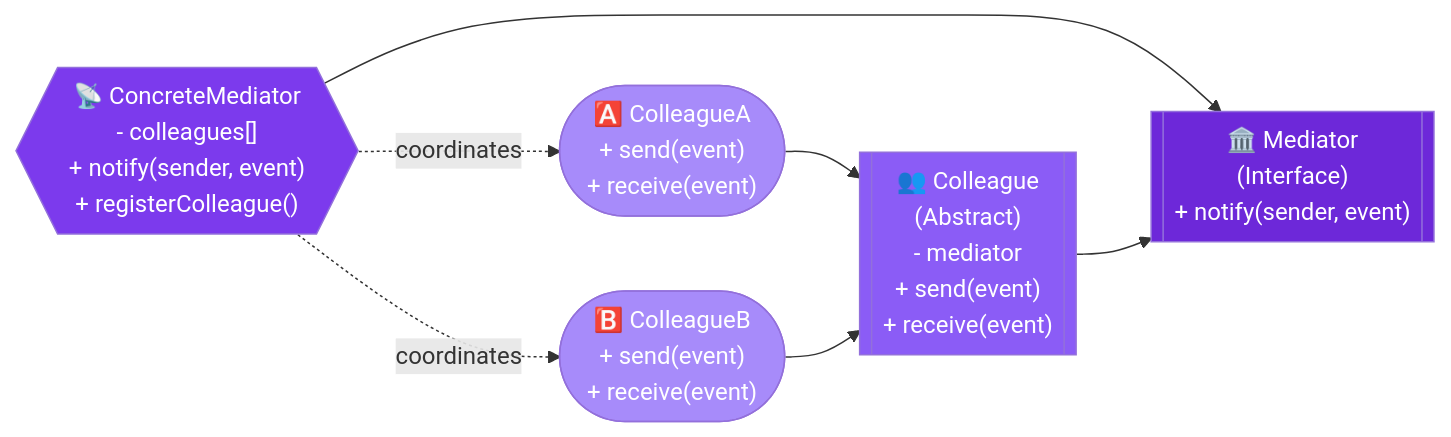
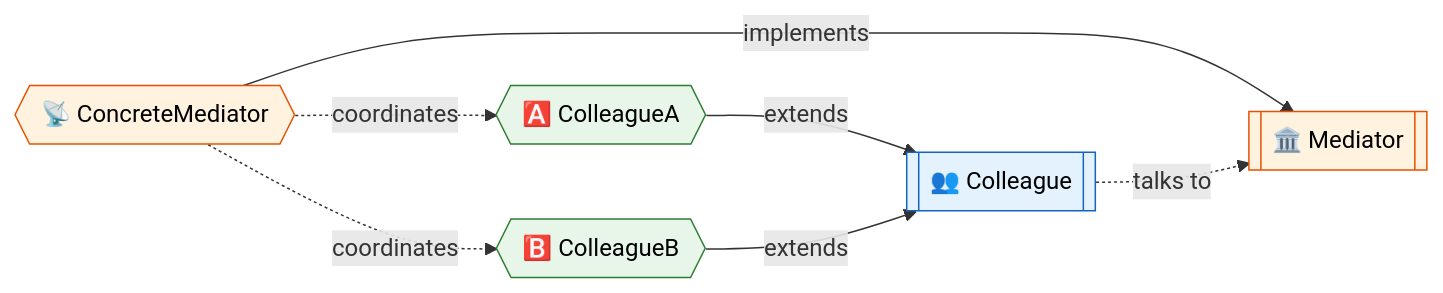
One commit to saivamsikaruturi/vamsilabs-dev-notes-main changed the second of 3 diagrams in docs/designpatterns/behaviouralDesignPatterns/MediatorDp.md. Above: the diagram before and after it, drawn with Mermaid. The commit also changed other lines of this file and 42 other files, not shown here.

````diff
--- a/docs/designpatterns/behaviouralDesignPatterns/MediatorDp.md
+++ b/docs/designpatterns/behaviouralDesignPatterns/MediatorDp.md
@@ -33,21 +30,21 @@
 ```mermaid
 flowchart LR
-    Mediator[["🏛️ Mediator\n(Interface)\n+ notify(sender, event)"]]
-    ConcreteMediator{{"📡 ConcreteMediator\n- colleagues[]\n+ notify(sender, event)\n+ registerColleague()"}}
-    Colleague[["👥 Colleague\n(Abstract)\n- mediator\n+ send(event)\n+ receive(event)"]]
-    ColleagueA(["🅰️ ColleagueA\n+ send(event)\n+ receive(event)"])
-    ColleagueB(["🅱️ ColleagueB\n+ send(event)\n+ receive(event)"])
+    Mediator[["🏛️ Mediator"]]
+    ConcreteMediator{{"📡 ConcreteMediator"}}
+    Colleague[["👥 Colleague"]]
+    ColleagueA{{"🅰️ ColleagueA"}}
+    ColleagueB{{"🅱️ ColleagueB"}}
 
-    ConcreteMediator --> Mediator
-    ColleagueA --> Colleague
-    ColleagueB --> Colleague
-    Colleague --> Mediator
+    ConcreteMediator -->|"implements"| Mediator
+    ColleagueA -->|"extends"| Colleague
+    ColleagueB -->|"extends"| Colleague
+    Colleague -.->|"talks to"| Mediator
     ConcreteMediator -.->|"coordinates"| ColleagueA
     ConcreteMediator -.->|"coordinates"| ColleagueB
 
-    style Mediator fill:#6d28d9,color:#fff
-    style ConcreteMediator fill:#7c3aed,color:#fff
-    style Colleague fill:#8b5cf6,color:#fff
-    style ColleagueA fill:#a78bfa,color:#fff
-    style ColleagueB fill:#a78bfa,color:#fff
+    style Mediator fill:#FFF3E0,stroke:#E65100,color:#000
+    style ConcreteMediator fill:#FFF3E0,stroke:#E65100,color:#000
+    style Colleague fill:#E3F2FD,stroke:#1565C0,color:#000
+    style ColleagueA fill:#E8F5E9,stroke:#2E7D32,color:#000
+    style ColleagueB fill:#E8F5E9,stroke:#2E7D32,color:#000
 ```
````
